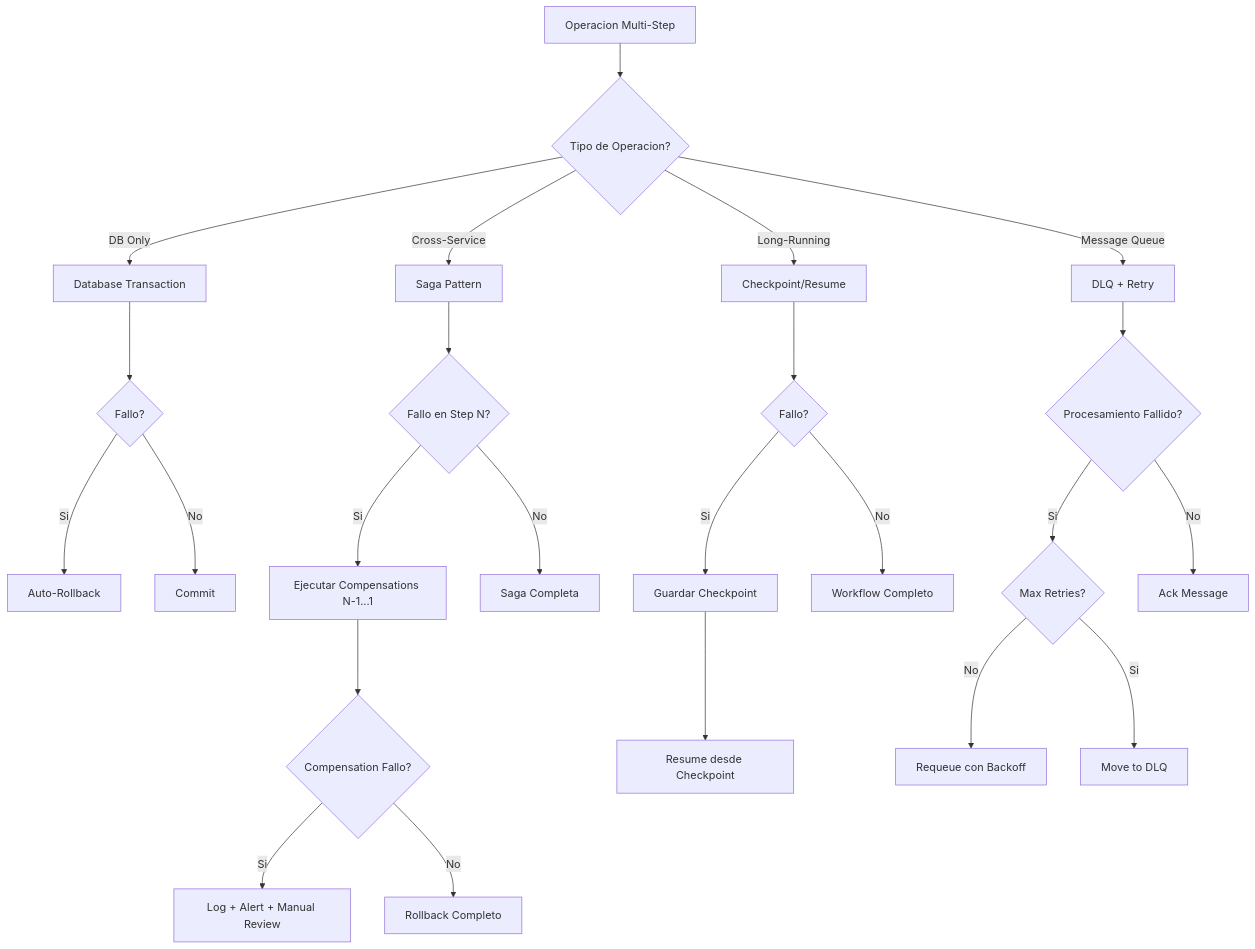
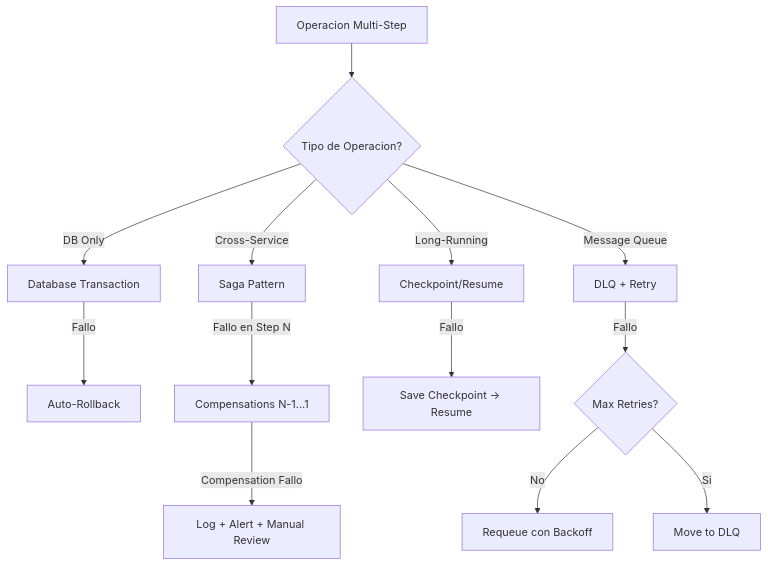
The diagram in .claude/skills/recovery-strategies/SKILL.md (MaciWP/claude-code-poneglyph), drawn with Mermaid before and after one commit. The commit also changed other lines of this file and 97 other files, not shown here.

````diff
--- a/.claude/skills/recovery-strategies/SKILL.md
+++ b/.claude/skills/recovery-strategies/SKILL.md
@@ -39,32 +37,15 @@
 ```mermaid
 flowchart TD
     A[Operacion Multi-Step] --> B{Tipo de Operacion?}
-
     B -->|DB Only| C[Database Transaction]
     B -->|Cross-Service| D[Saga Pattern]
     B -->|Long-Running| E[Checkpoint/Resume]
     B -->|Message Queue| F[DLQ + Retry]
-
-    C --> G{Fallo?}
-    G -->|Si| H[Auto-Rollback]
-    G -->|No| I[Commit]
-
-    D --> J{Fallo en Step N?}
-    J -->|Si| K[Ejecutar Compensations N-1...1]
-    J -->|No| L[Saga Completa]
-
-    E --> M{Fallo?}
-    M -->|Si| N[Guardar Checkpoint]
-    N --> O[Resume desde Checkpoint]
-    M -->|No| P[Workflow Completo]
-
-    F --> Q{Procesamiento Fallido?}
-    Q -->|Si| R{Max Retries?}
+    C -->|Fallo| H[Auto-Rollback]
+    D -->|Fallo en Step N| K[Compensations N-1...1]
+    E -->|Fallo| N[Save Checkpoint → Resume]
+    F -->|Fallo| R{Max Retries?}
     R -->|No| S[Requeue con Backoff]
     R -->|Si| T[Move to DLQ]
-    Q -->|No| U[Ack Message]
-
-    K --> V{Compensation Fallo?}
-    V -->|Si| W[Log + Alert + Manual Review]
-    V -->|No| X[Rollback Completo]
+    K -->|Compensation Fallo| W[Log + Alert + Manual Review]
 ```
````
